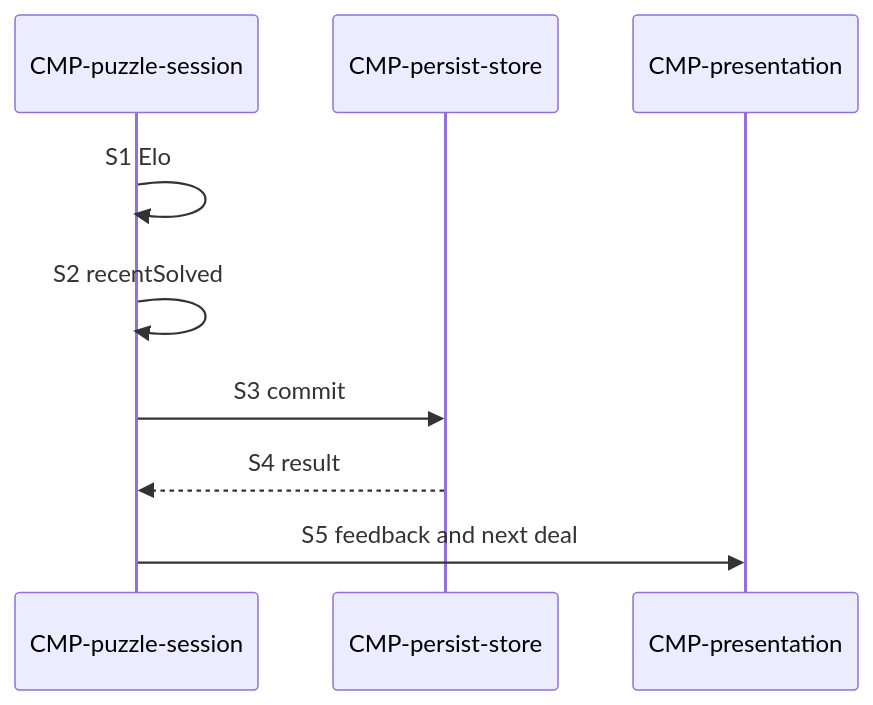
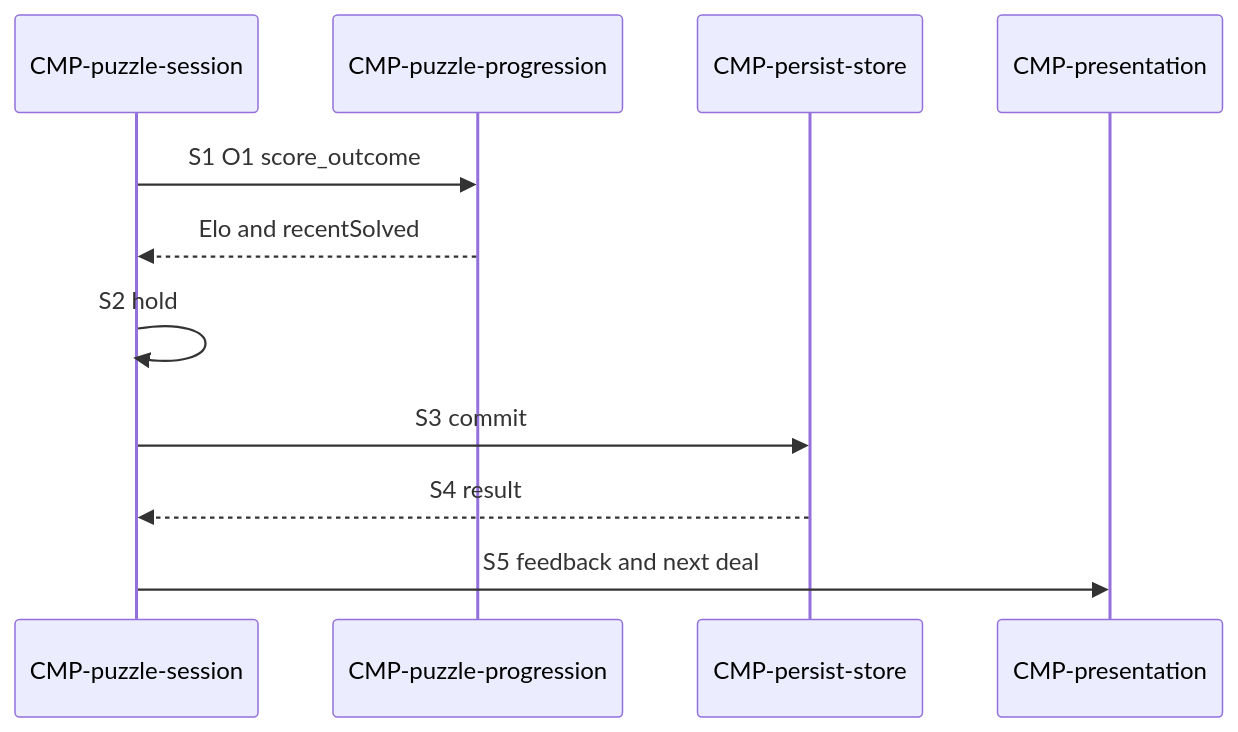
The diagram in specs/technical/sequences/puzzle-result-commit.md (waigore/simplechessv2), drawn with Mermaid before and after one commit. The commit also changed other lines of this file and 19 other files, not shown here.

First line of the commit message:
Move puzzle Elo and pick policy into an L3 Domain component

````diff
--- a/specs/technical/sequences/puzzle-result-commit.md
+++ b/specs/technical/sequences/puzzle-result-commit.md
@@ -36,11 +36,13 @@
 ```mermaid
 sequenceDiagram
   participant Q as CMP-puzzle-session
+  participant G as CMP-puzzle-progression
   participant P as CMP-persist-store
   participant V as CMP-presentation
-  Q->>Q: S1 Elo
-  Q->>Q: S2 recentSolved
+  Q->>G: S1 O1 score_outcome
+  G-->>Q: Elo and recentSolved
+  Q->>Q: S2 hold
   Q->>P: S3 commit
   P-->>Q: S4 result
   Q->>V: S5 feedback and next deal
 ```
````
